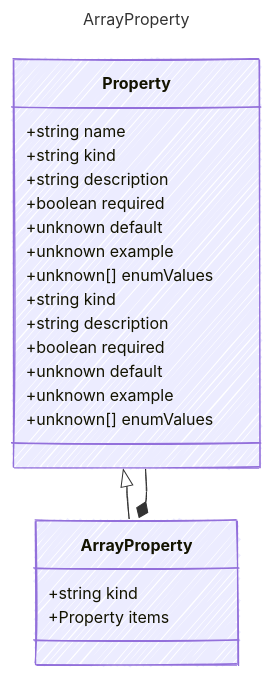
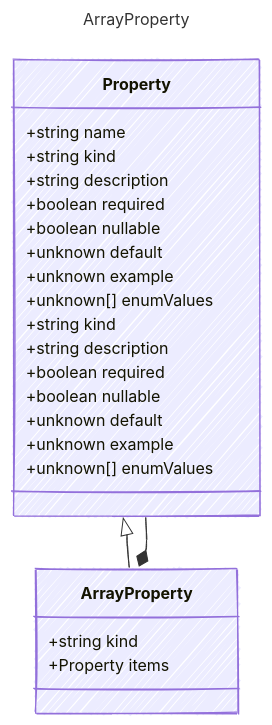
Before and after one commit to microsoft/prompty: the diagram in web/src/content/docs/reference/ArrayProperty.md, drawn with Mermaid. The commit also changed other lines of this file and 46 other files, not shown here.

Commit message:
fix(schema): support nullable union properties

````diff
--- a/web/src/content/docs/reference/ArrayProperty.md
+++ b/web/src/content/docs/reference/ArrayProperty.md
@@ -13,34 +13,36 @@
 ```mermaid
 ---
 title: ArrayProperty
 config:
   look: handDrawn
   theme: colorful
   class:
     hideEmptyMembersBox: true
 ---
 classDiagram
     class Property {
         +string name
         +string kind
         +string description
         +boolean required
+        +boolean nullable
         +unknown default
         +unknown example
         +unknown[] enumValues
     }
     Property <|-- ArrayProperty
     class ArrayProperty {
         +string kind
         +Property items
     }
     class Property {
         +string kind
         +string description
         +boolean required
+        +boolean nullable
         +unknown default
         +unknown example
         +unknown[] enumValues
     }
     ArrayProperty *-- Property
 ```
````
